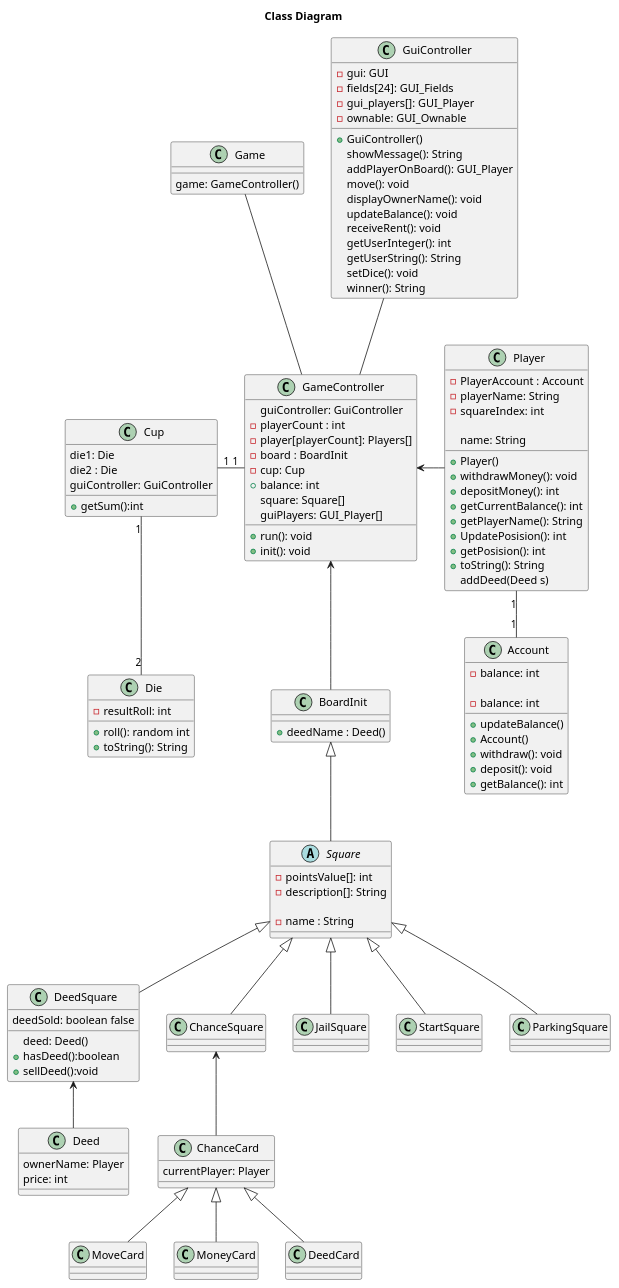
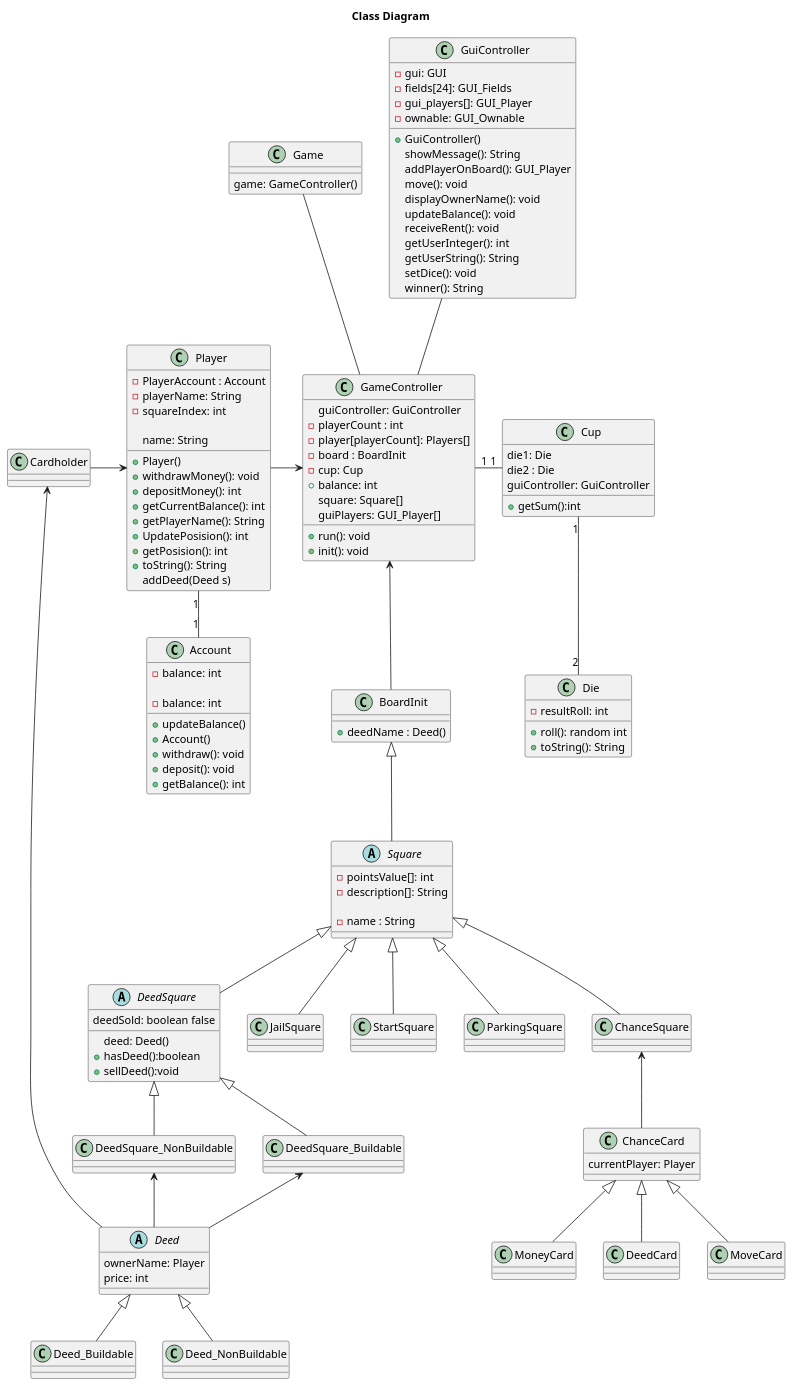
The diagram in Diagrams/ClassDiagram.puml (hellomelissaw/Matador), drawn with PlantUML before and after one commit.

Commit message:
Updating class diagram to reflect recent work

```diff
--- a/Diagrams/ClassDiagram.puml
+++ b/Diagrams/ClassDiagram.puml
@@ -72,7 +72,7 @@
 - name : String
 }
 
-class DeedSquare {
+abstract class DeedSquare {
 deed: Deed()
 deedSold: boolean false
 +hasDeed():boolean
@@ -80,11 +80,21 @@
 
 }
 
-class Deed {
+class DeedSquare_Buildable {
+
+}
+
+class DeedSquare_NonBuildable {}
+
+abstract class Deed {
 ownerName: Player
 price: int
 
 }
+
+class Deed_Buildable{}
+
+class Deed_NonBuildable{}
 
 class Player {
 name: String
@@ -138,6 +148,8 @@
 
 }
 
+class Cardholder {}
+
 GameController -up- Game
 
 GuiController -down- GameController
@@ -148,7 +160,18 @@
 
 Square <|-down- DeedSquare
 
-DeedSquare <-down- Deed
+DeedSquare <|-down- DeedSquare_Buildable
+
+DeedSquare <|-down- DeedSquare_NonBuildable
+
+DeedSquare_Buildable <-down- Deed
+
+DeedSquare_NonBuildable <-down- Deed
+
+
+Deed <|-down- Deed_Buildable
+
+Deed <|-down- Deed_NonBuildable
 
 Square  <|-down- ChanceSquare
 
@@ -166,11 +189,15 @@
 
 ChanceCard <|-down- DeedCard
 
+Player <-left- Cardholder
+
+Cardholder <-down- Deed
 
 
-GameController <-right- Player
 
-GameController "1" -left- "1" Cup
+GameController <-left- Player
+
+GameController "1" -right- "1" Cup
 
 
 
```
